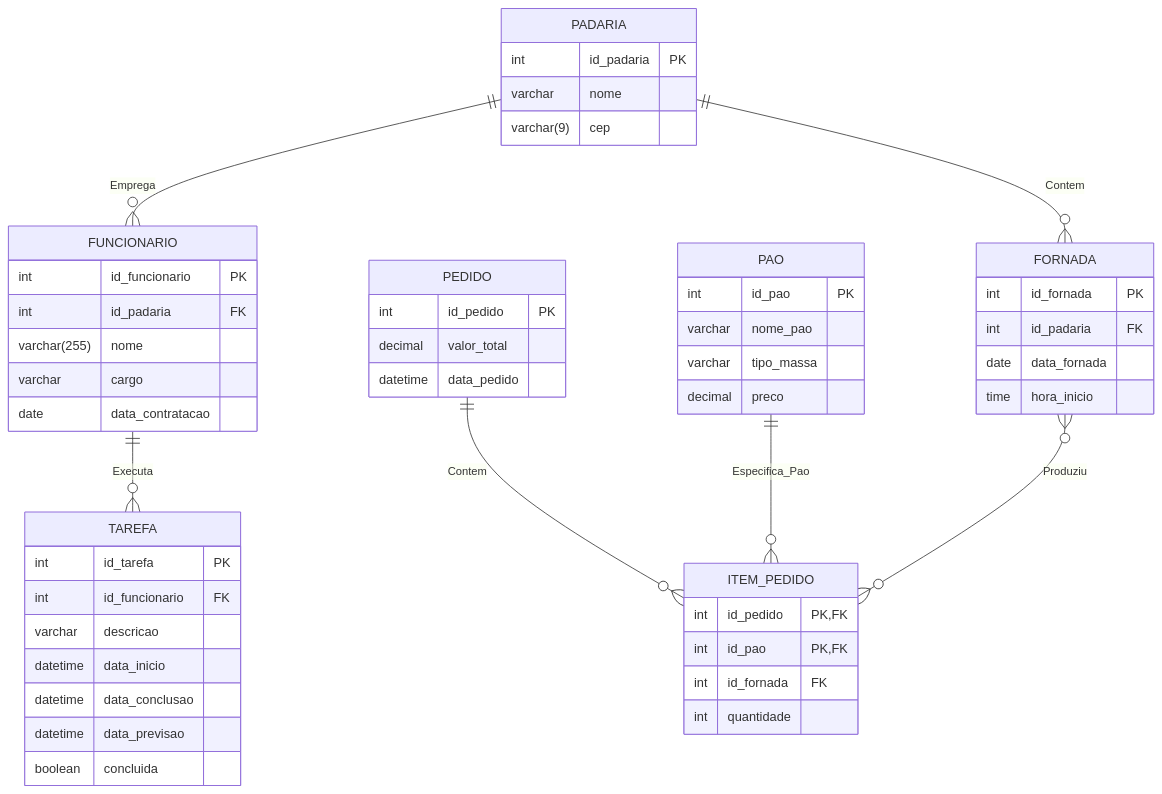
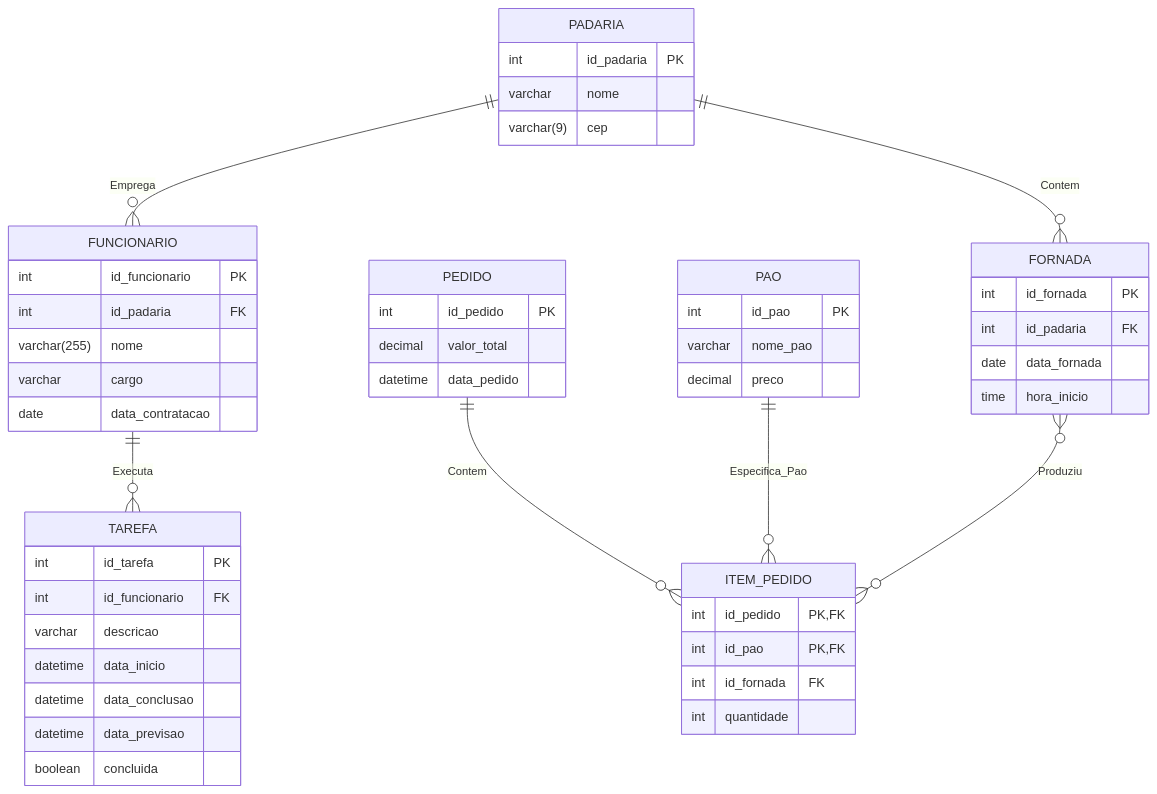
One commit to IsabellyBernardes/DesenvolvimentoSoftwareCorp changed the diagram in README.md. Above: the diagram before and after it, drawn with Mermaid.

````diff
--- a/README.md
+++ b/README.md
@@ -1,69 +1,68 @@
 ```mermaid
 erDiagram
     %% Definição das Entidades (Tabelas) com Atributos
     
     PADARIA {
         int id_padaria PK
         varchar nome
         varchar(9) cep
     }
     
     FUNCIONARIO {
         int id_funcionario PK
         int id_padaria FK
         varchar(255) nome
         varchar cargo
         date data_contratacao
     }
     
     FORNADA {
         int id_fornada PK
         int id_padaria FK
         date data_fornada
         time hora_inicio
     }
     
     PAO {
         int id_pao PK
         varchar nome_pao
-        varchar tipo_massa
         decimal preco
     }
     
     TAREFA {
         int id_tarefa PK
         int id_funcionario FK
         varchar descricao
         datetime data_inicio
         datetime data_conclusao
         datetime data_previsao
         boolean concluida
     }
 
     PEDIDO {
         int id_pedido PK
         decimal valor_total
         datetime data_pedido
     }
 
     ITEM_PEDIDO {
         int id_pedido PK, FK
         int id_pao PK, FK
         int id_fornada FK 
         int quantidade
     }
 
     %% Definição dos Relacionamentos
     
     PADARIA ||--o{ FUNCIONARIO : Emprega
     PADARIA ||--o{ FORNADA : Contem
 
     FUNCIONARIO ||--o{ TAREFA : Executa
     
     %% Relacionamentos resolvidos pela tabela ITEM_PEDIDO
     PEDIDO ||--o{ ITEM_PEDIDO : Contem
     PAO ||--o{ ITEM_PEDIDO : Especifica_Pao
     
     %% Associação de ITEM_PEDIDO com FORNADA (Para rastrear a origem do produto)
     FORNADA }o--o{ ITEM_PEDIDO : Produziu
 ```
````
